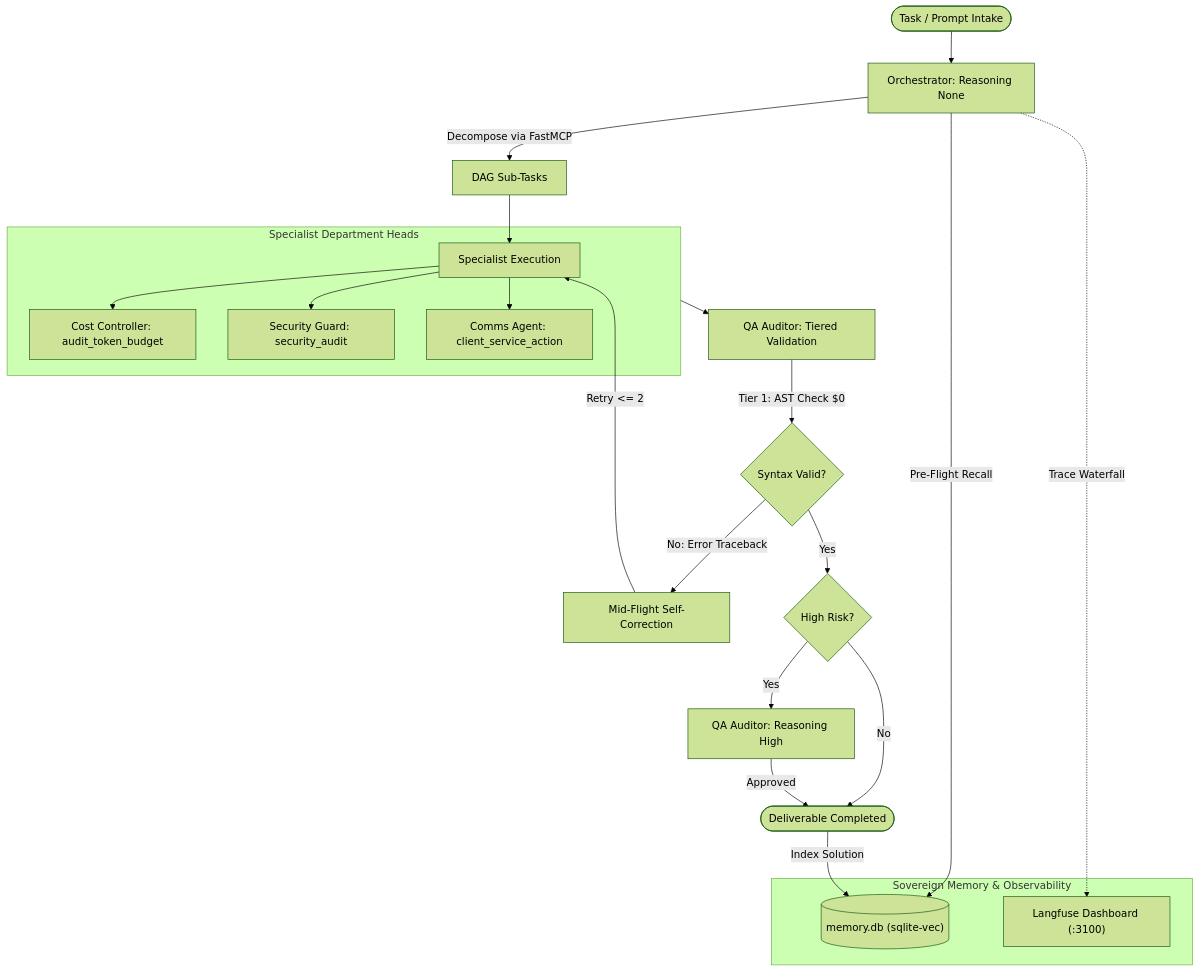
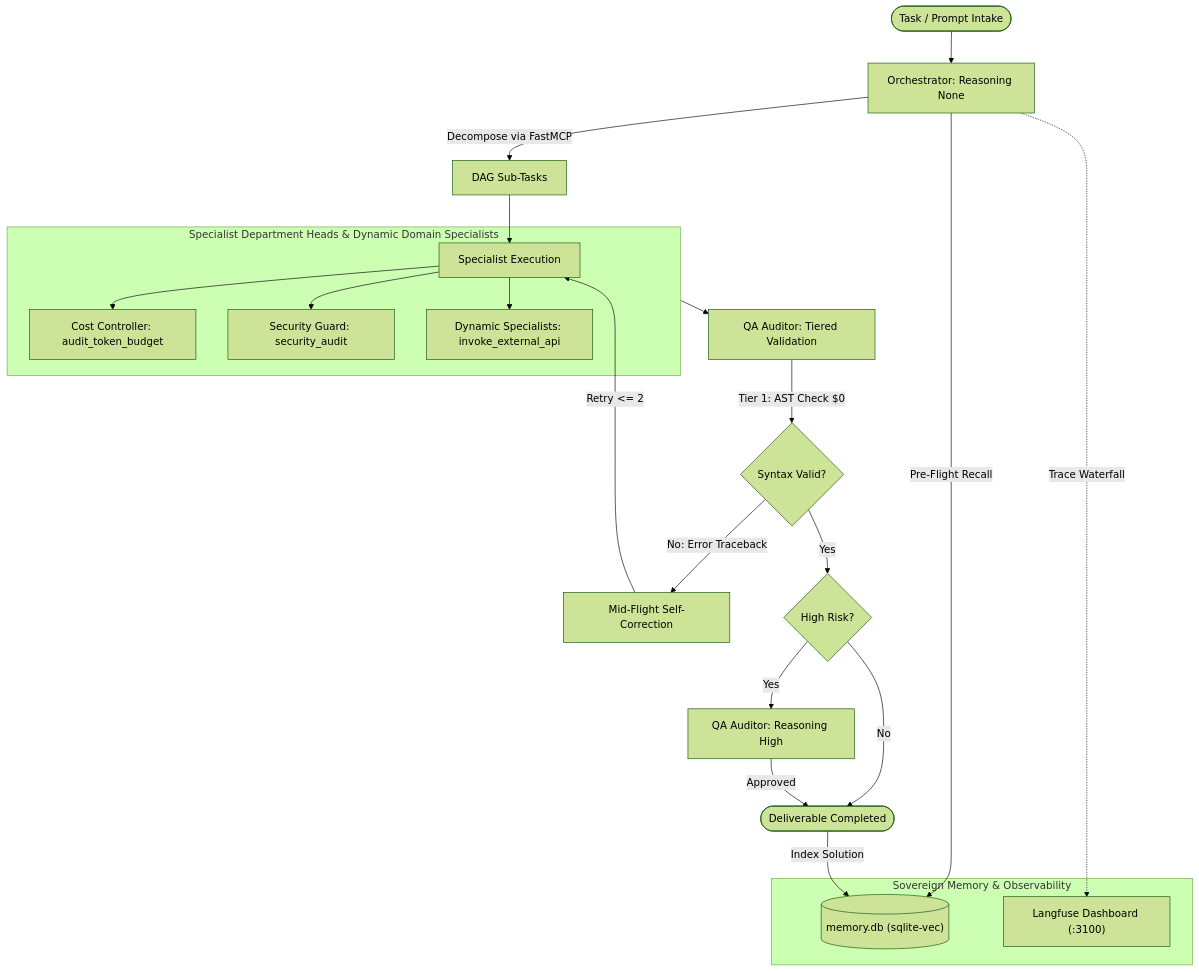
One commit to devalees/ai_system_template changed the diagram in docs/agent_team.md. Above: the diagram before and after it, drawn with Mermaid (forest theme). The commit also changed other lines of this file and 15 other files, not shown here.

Commit message:
refactor(workforce): decommission comms_agent to establish 4 core governance agents + dynamic domain specialists

````diff
--- a/docs/agent_team.md
+++ b/docs/agent_team.md
@@ -149,31 +136,31 @@
 ```mermaid
 flowchart TD
     User([Task / Prompt Intake]) --> Orch[Orchestrator: Reasoning None]
     
     subgraph MemoryLayer ["Sovereign Memory & Observability"]
         Mem[("memory.db (sqlite-vec)")]
         Langfuse["Langfuse Dashboard (:3100)"]
     end
     
     Orch -->|Pre-Flight Recall| Mem
     Orch -->|Decompose via FastMCP| DAG[DAG Sub-Tasks]
     Orch -.->|Trace Waterfall| Langfuse
     
     DAG --> Spec[Specialist Execution]
     
-    subgraph Specialists ["Specialist Department Heads"]
+    subgraph Specialists ["Specialist Department Heads & Dynamic Domain Specialists"]
         Spec --> Cost[Cost Controller: audit_token_budget]
         Spec --> Sec[Security Guard: security_audit]
-        Spec --> Comms[Comms Agent: client_service_action]
+        Spec --> Domain[Dynamic Specialists: invoke_external_api]
     end
     
     Specialists --> QA[QA Auditor: Tiered Validation]
     QA -->|Tier 1: AST Check $0| AutoCheck{Syntax Valid?}
     AutoCheck -->|No: Error Traceback| InFlight[Mid-Flight Self-Correction]
     InFlight -->|Retry <= 2| Spec
     AutoCheck -->|Yes| RiskGate{High Risk?}
     RiskGate -->|Yes| LLMReview[QA Auditor: Reasoning High]
     RiskGate -->|No| Approved([Deliverable Completed])
     LLMReview -->|Approved| Approved
     Approved -->|Index Solution| Mem
 ```
````
